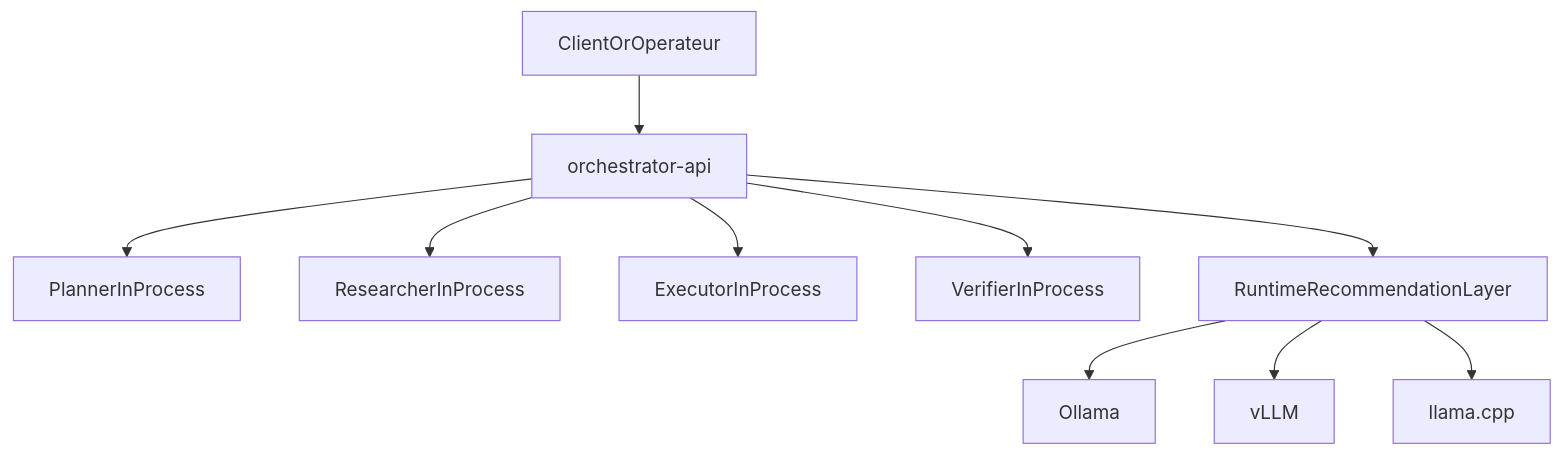
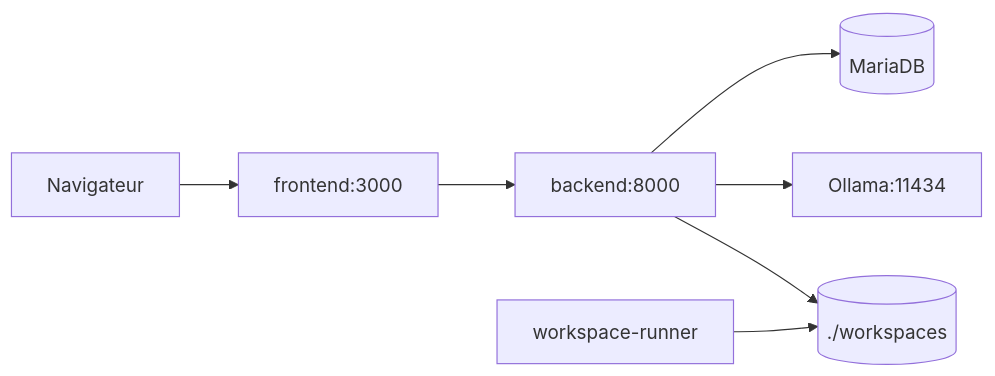
Before and after one commit to AdWav/orchestrateur: the diagram in README.md, drawn with Mermaid. The commit also changed other lines of this file and 171 other files, not shown here.

````diff
--- a/README.md
+++ b/README.md
@@ -16,12 +42,9 @@
 ```mermaid
-flowchart TD
-    userClient[ClientOrOperateur] --> api[orchestrator-api]
-    api --> planner[PlannerInProcess]
-    api --> researcher[ResearcherInProcess]
-    api --> executor[ExecutorInProcess]
-    api --> verifier[VerifierInProcess]
-    api --> runtime[RuntimeRecommendationLayer]
-    runtime --> ollama[Ollama]
-    runtime --> vllm[vLLM]
-    runtime --> llamaCpp[llama.cpp]
+flowchart LR
+    browser[Navigateur] --> frontend[frontend:3000]
+    frontend --> backend[backend:8000]
+    backend --> db[(MariaDB)]
+    backend --> ollama[Ollama:11434]
+    backend --> ws[(./workspaces)]
+    runner[workspace-runner] --> ws
 ```
````
